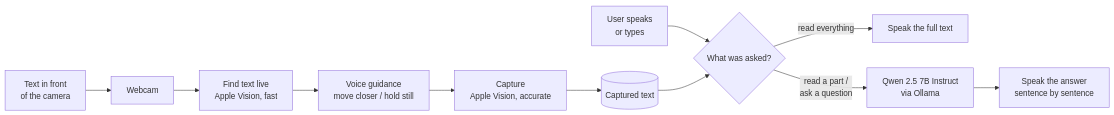
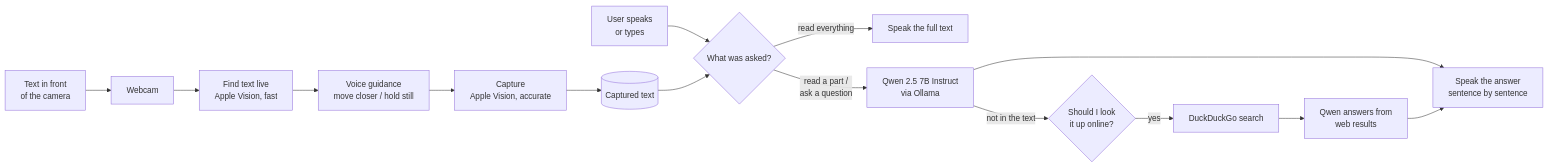
Before and after one commit to neerajprao/Helping_Eyes-main: the diagram in README.md, drawn with Mermaid. The commit also changed other lines of this file and 3 other files, not shown here.

Commit message:
added web search via duckduckgo

````diff
--- a/README.md
+++ b/README.md
@@ -67,13 +68,15 @@
 ```mermaid
 flowchart LR
     A[Text in front<br/>of the camera] --> B[Webcam]
     B --> C[Find text live<br/>Apple Vision, fast]
     C --> D[Voice guidance<br/>move closer / hold still]
     D --> E[Capture<br/>Apple Vision, accurate]
     E --> F[(Captured text)]
     U[User speaks<br/>or types] --> R{What was asked?}
     F --> R
     R -- read everything --> S[Speak the full text]
     R -- read a part /<br/>ask a question --> Q[Qwen 2.5 7B Instruct<br/>via Ollama]
     Q --> T[Speak the answer<br/>sentence by sentence]
+    Q -- not in the text --> O{Should I look<br/>it up online?}
+    O -- yes --> W[DuckDuckGo search] --> Q2[Qwen answers from<br/>web results] --> T
 ```
````
